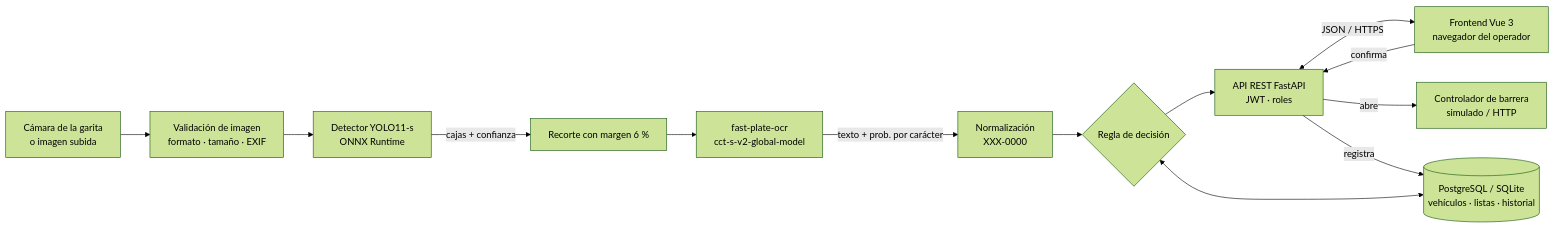
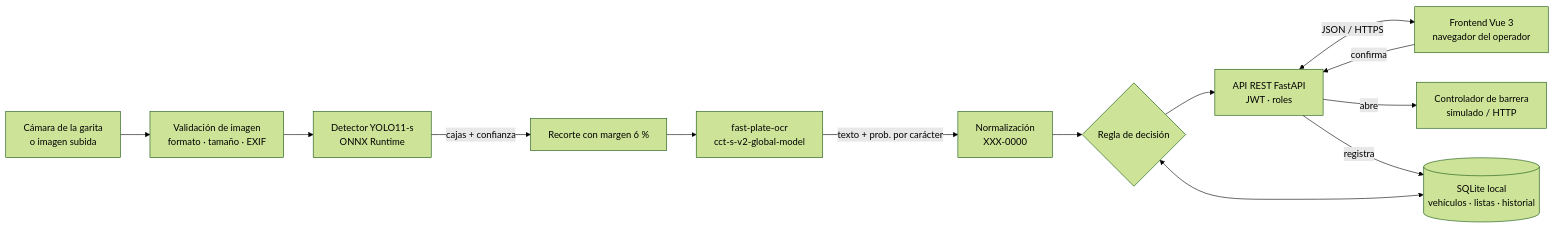
One commit to eduardoceballos666/SIRAP_2 changed the first of 4 diagrams in docs/arquitectura.md. Above: the diagram before and after it, drawn with Mermaid (forest theme). The commit also changed other lines of this file, not shown here.

Commit message:
Remove PostgreSQL references from project materials

````diff
--- a/docs/arquitectura.md
+++ b/docs/arquitectura.md
@@ -5,15 +5,15 @@
 ```mermaid
 flowchart LR
     CAM[Cámara de la garita<br/>o imagen subida] --> VAL[Validación de imagen<br/>formato · tamaño · EXIF]
     VAL --> DET[Detector YOLO11-s<br/>ONNX Runtime]
     DET -->|cajas + confianza| CROP[Recorte con margen 6 %]
     CROP --> OCR[fast-plate-ocr<br/>cct-s-v2-global-model]
     OCR -->|texto + prob. por carácter| NORM[Normalización<br/>XXX-0000]
     NORM --> DEC{Regla de decisión}
-    DB[(PostgreSQL / SQLite<br/>vehículos · listas · historial)] <--> DEC
+    DB[(SQLite local<br/>vehículos · listas · historial)] <--> DEC
     DEC --> API[API REST FastAPI<br/>JWT · roles]
     API <-->|JSON / HTTPS| UI[Frontend Vue 3<br/>navegador del operador]
     UI -->|confirma| API
     API -->|abre| BAR[Controlador de barrera<br/>simulado / HTTP]
     API -->|registra| DB
 ```
````
